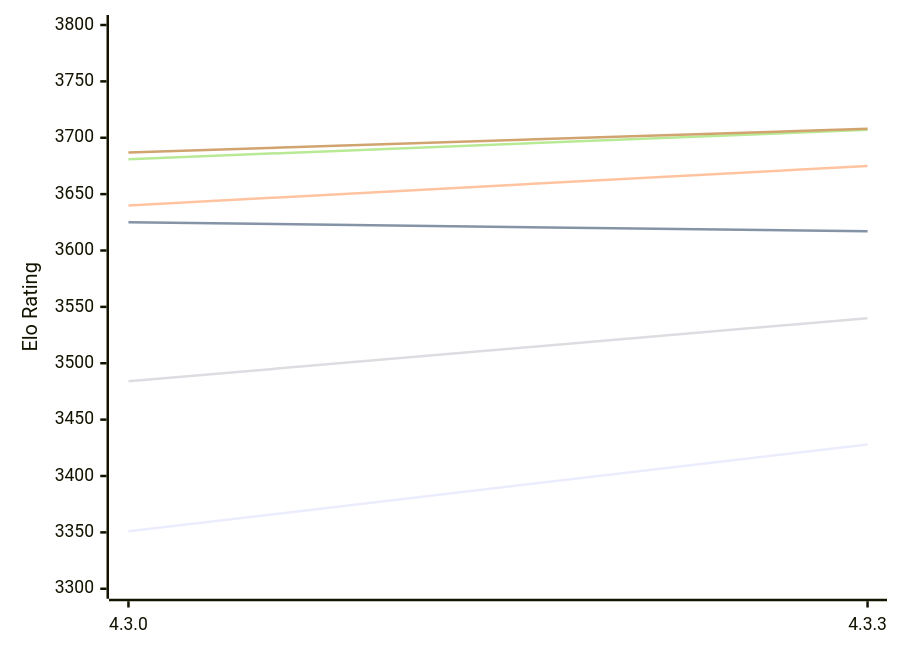
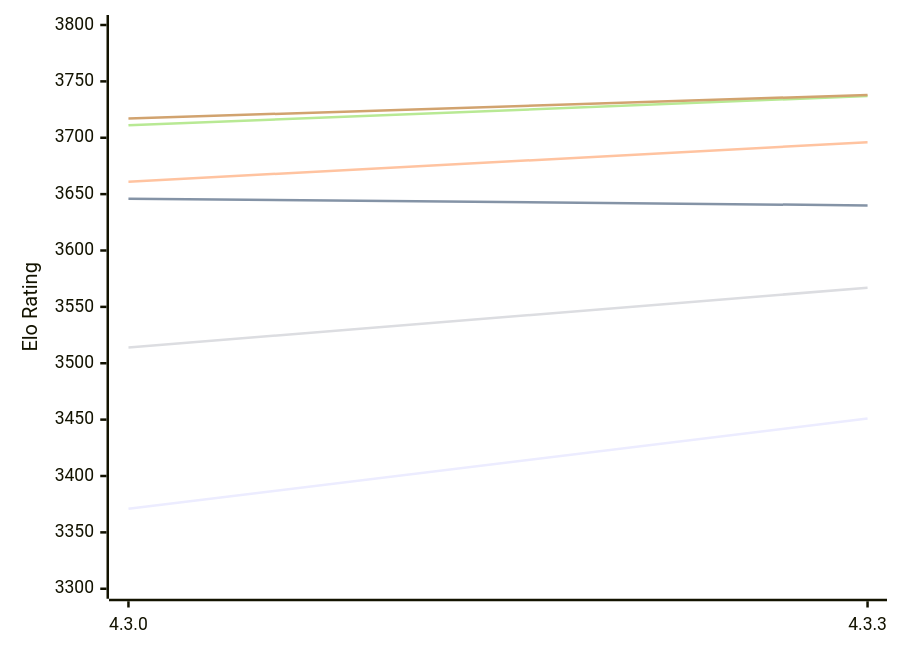
Before and after one commit to computer-chess-index/cci: the first of 2 diagrams in engines/Gaia.md, drawn with Mermaid. The commit also changed other lines of this file, not shown here.

Commit message:
Update CCI Ratings (ELO VLTC) - 2026-10-20

````diff
--- a/engines/Gaia.md
+++ b/engines/Gaia.md
@@ -55,12 +55,12 @@
 ```mermaid
 %%{init: {"theme":"base","themeVariables":{"seriesColors:['#a3a3a3','#222221','#faa371']}}}%%
 xychart-beta
   x-axis ["4.3.0", "4.3.3"]
   y-axis "Elo Rating" 3300 --> 3800
-  line "E1: STC (8.0+0.08s)" [3351, 3428]
-  line "E1: LTC (60.0+0.60s)" [3625, 3617]
-  line "E1: VLTC (2m24s+1.12s)" [3640, 3675]
-  line "P1: STC (8.0+0.08s)" [3484, 3540]
-  line "P1: LTC (60.0+0.60s)" [3681, 3707]
-  line "P1: VLTC (2m24s+1.12s)" [3687, 3708]
+  line "E1: STC (8.0+0.08s)" [3371, 3451]
+  line "E1: LTC (60.0+0.60s)" [3646, 3640]
+  line "E1: VLTC (2m24s+1.12s)" [3661, 3696]
+  line "P1: STC (8.0+0.08s)" [3514, 3567]
+  line "P1: LTC (60.0+0.60s)" [3711, 3737]
+  line "P1: VLTC (2m24s+1.12s)" [3717, 3738]
 ```
````
